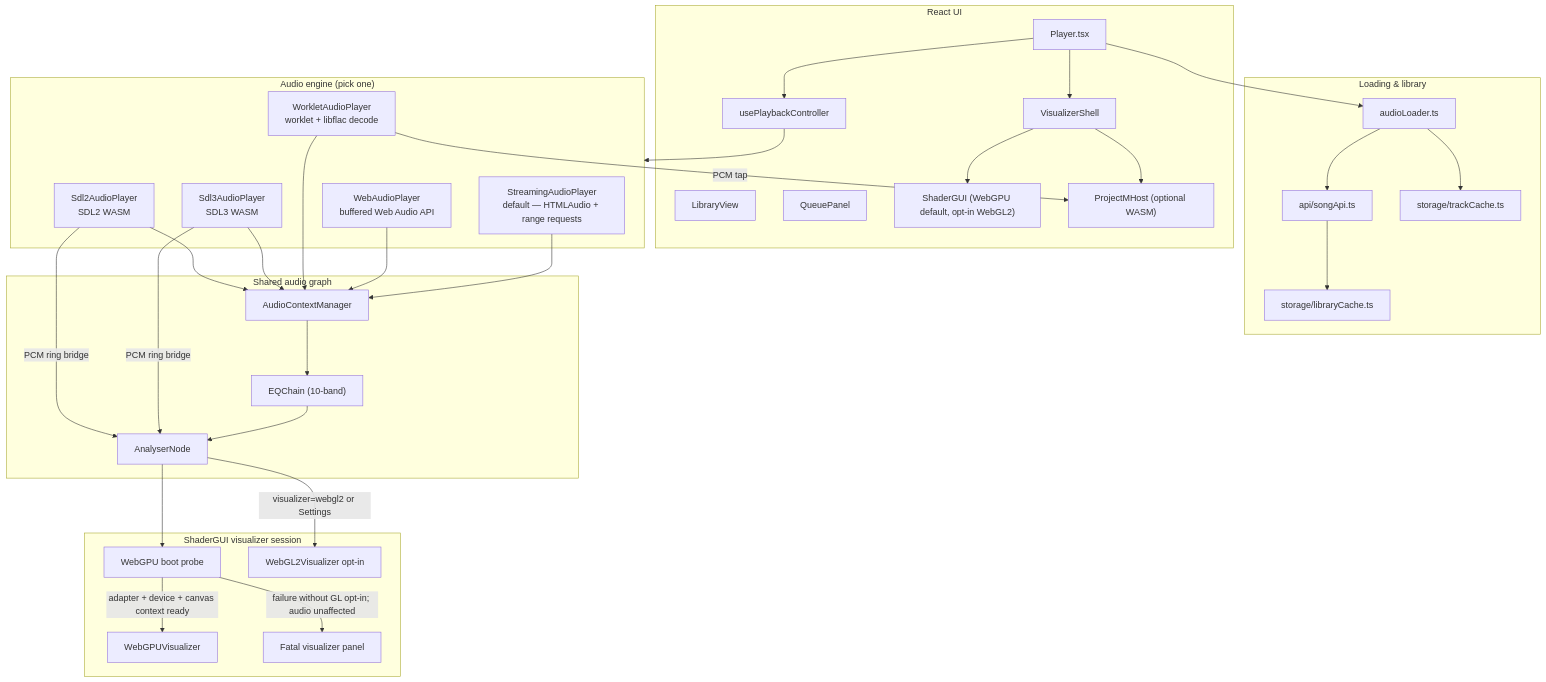
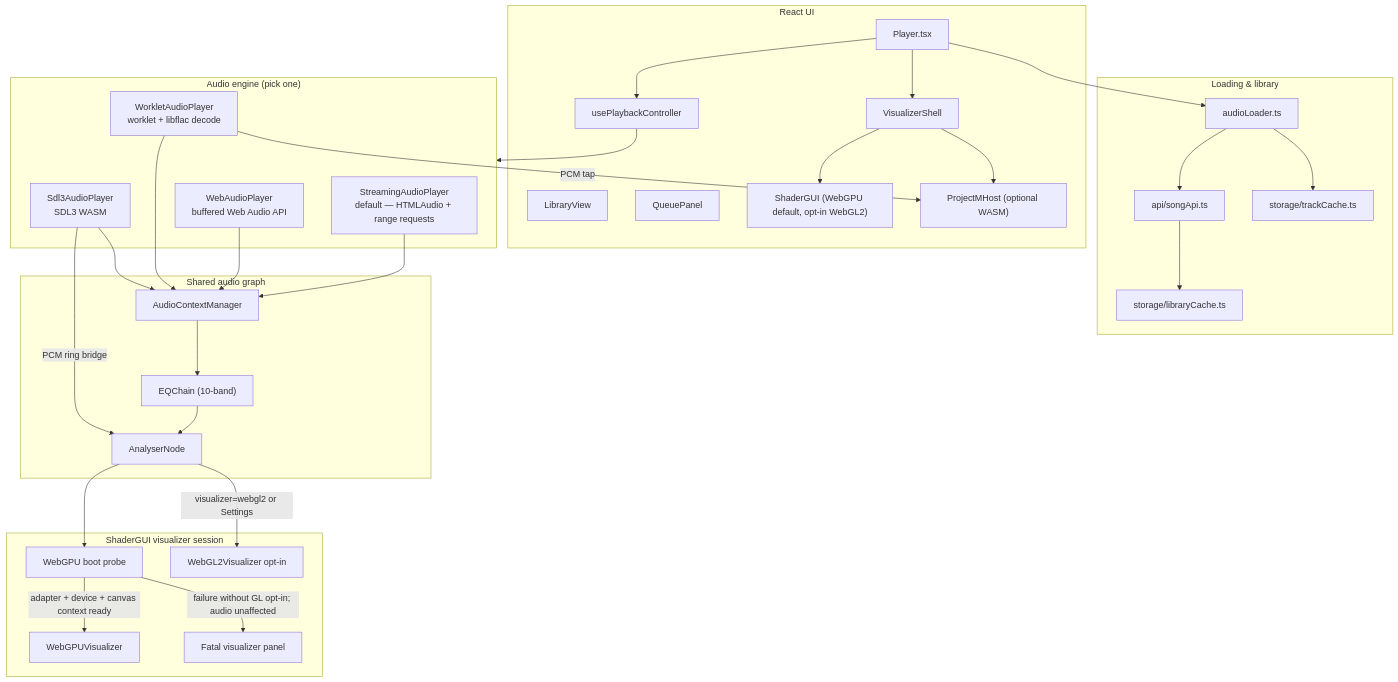
Before and after one commit to ford442/flac_player: the diagram in docs/ARCHITECTURE.md, drawn with Mermaid. The commit also changed other lines of this file and 35 other files, not shown here.

````diff
--- a/docs/ARCHITECTURE.md
+++ b/docs/ARCHITECTURE.md
@@ -9,64 +9,61 @@
 ```mermaid
 flowchart TB
   subgraph UI["React UI"]
     Player["Player.tsx"]
     Controller["usePlaybackController"]
     Library["LibraryView"]
     Queue["QueuePanel"]
     Shell["VisualizerShell"]
     ShaderGUI["ShaderGUI (WebGPU default, opt-in WebGL2)"]
     ProjectM["ProjectMHost (optional WASM)"]
   end
 
   subgraph Audio["Audio engine (pick one)"]
     Streaming["StreamingAudioPlayer<br/>default — HTMLAudio + range requests"]
     WebAudio["WebAudioPlayer<br/>buffered Web Audio API"]
     Worklet["WorkletAudioPlayer<br/>worklet + libflac decode"]
     SDL3["Sdl3AudioPlayer<br/>SDL3 WASM"]
-    SDL2["Sdl2AudioPlayer<br/>SDL2 WASM"]
   end
 
   subgraph Load["Loading & library"]
     Loader["audioLoader.ts"]
     SongApi["api/songApi.ts"]
     TrackCache["storage/trackCache.ts"]
     LibCache["storage/libraryCache.ts"]
   end
 
   subgraph FX["Shared audio graph"]
     ACM["AudioContextManager"]
     EQ["EQChain (10-band)"]
     Analyser["AnalyserNode"]
   end
 
   subgraph Viz["ShaderGUI visualizer session"]
     Probe["WebGPU boot probe"]
     WebGPU["WebGPUVisualizer"]
     WebGL2["WebGL2Visualizer opt-in"]
     Fatal["Fatal visualizer panel"]
   end
 
   Player --> Controller
   Controller --> Audio
   Player --> Shell
   Shell --> ShaderGUI
   Shell --> ProjectM
   Player --> Loader
   Loader --> SongApi
   Loader --> TrackCache
   SongApi --> LibCache
 
   Streaming --> ACM
   WebAudio --> ACM
   Worklet --> ACM
   SDL3 --> ACM
-  SDL2 --> ACM
   ACM --> EQ --> Analyser
   Analyser --> Probe
   Probe -->|adapter + device + canvas context ready| WebGPU
   Probe -->|failure without GL opt-in; audio unaffected| Fatal
   Analyser -->|visualizer=webgl2 or Settings| WebGL2
   Worklet -->|PCM tap| ProjectM
   SDL3 -->|PCM ring bridge| Analyser
-  SDL2 -->|PCM ring bridge| Analyser
 ```
````
